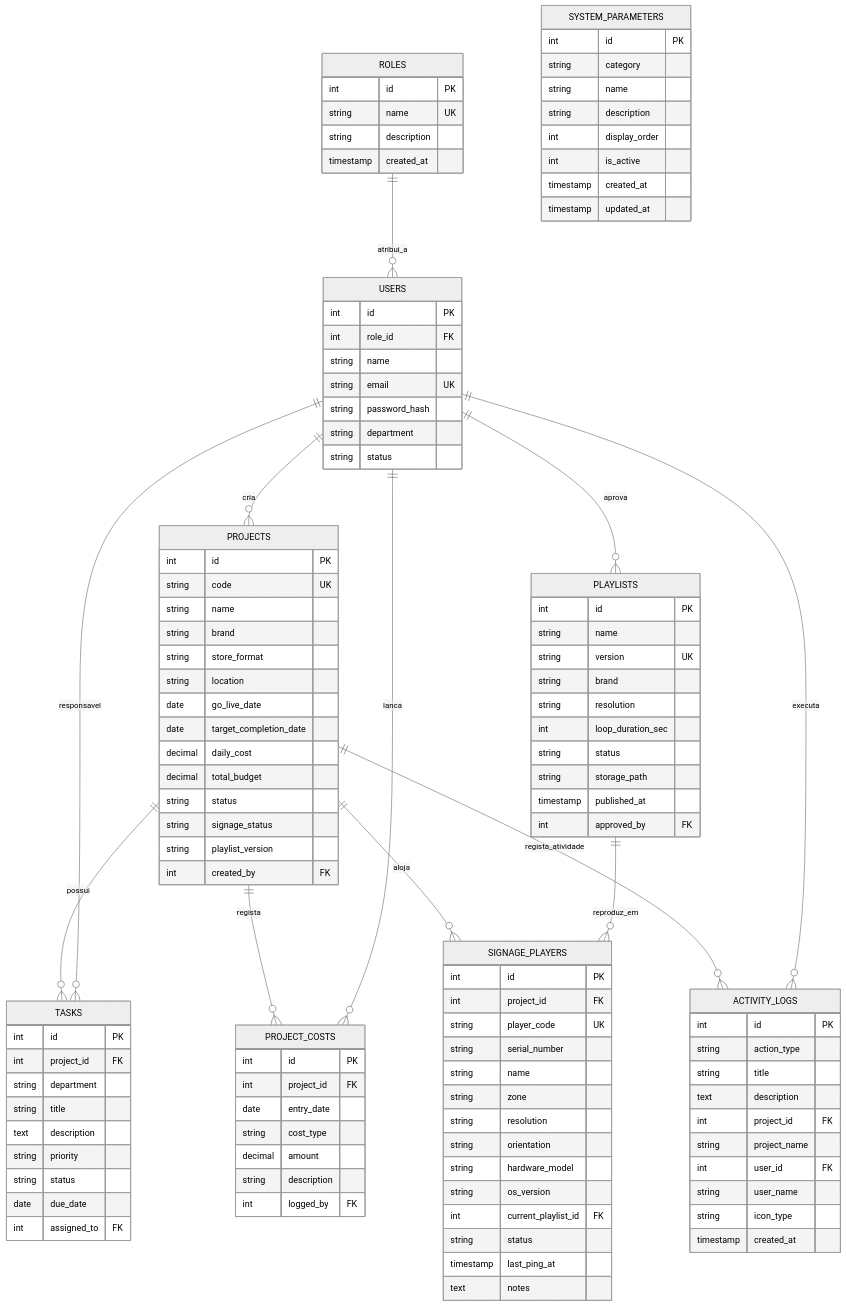
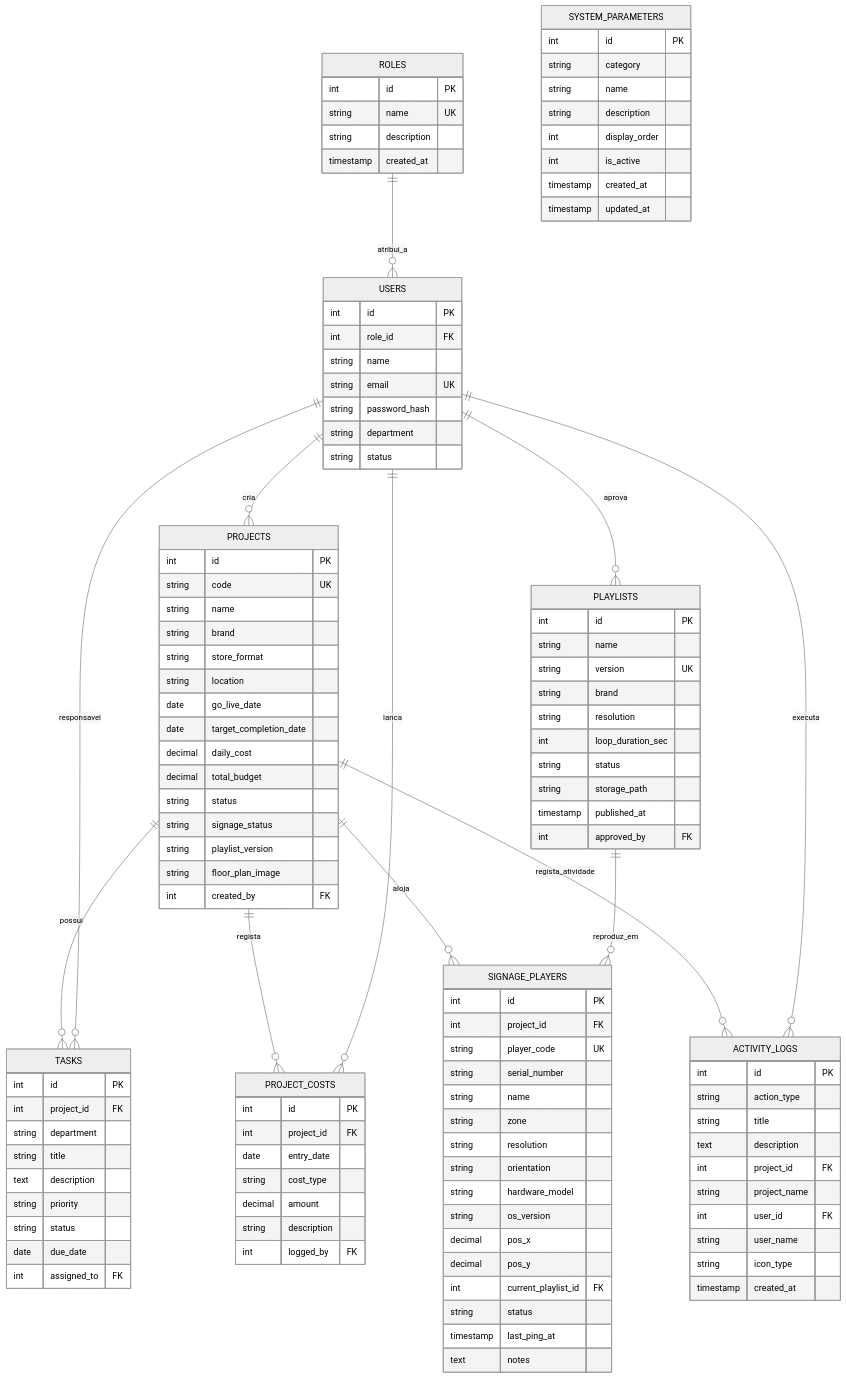
Before and after one commit to davisrc73/RetailLaunchOS: the first of 2 diagrams in ARQUITETURA_TECNICA.md, drawn with Mermaid (neutral theme). The commit also changed other lines of this file and 16 other files, not shown here.

```diff
--- a/ARQUITETURA_TECNICA.md
+++ b/ARQUITETURA_TECNICA.md
@@ -128,6 +130,7 @@
         string status
         string signage_status
         string playlist_version
+        string floor_plan_image
         int created_by FK
     }
 
@@ -177,6 +180,8 @@
         string orientation
         string hardware_model
         string os_version
+        decimal pos_x
+        decimal pos_y
         int current_playlist_id FK
         string status
         timestamp last_ping_at
```
